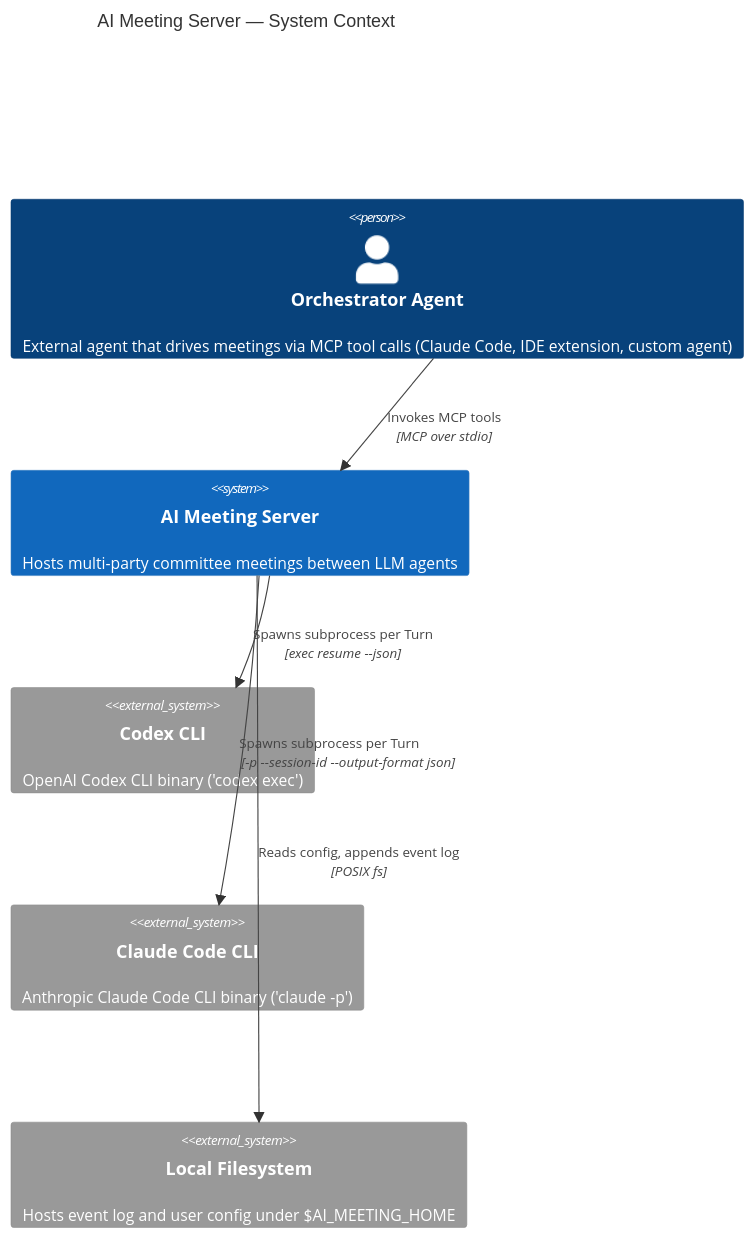
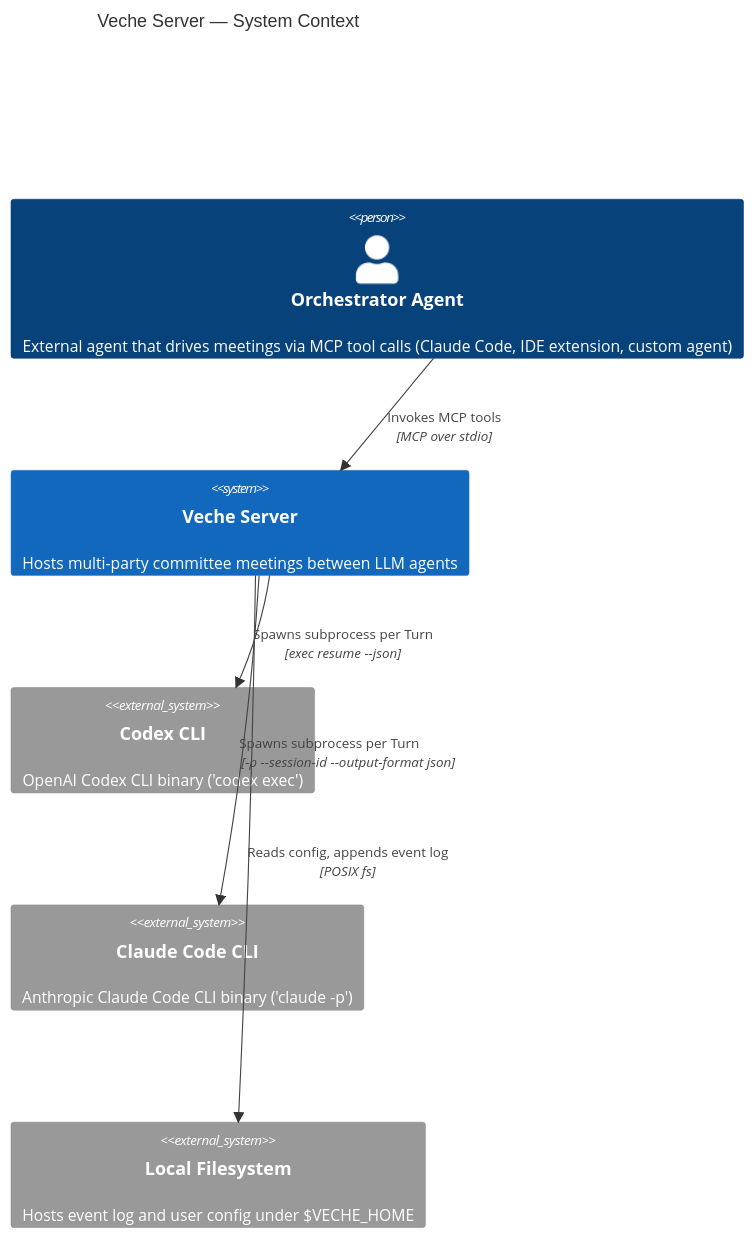
Before and after one commit to cyberash-dev/veche: the first of 4 diagrams in spec/c4-model.md, drawn with Mermaid. The commit also changed other lines of this file and 53 other files, not shown here.

````diff
--- a/spec/c4-model.md
+++ b/spec/c4-model.md
@@ -7,13 +7,13 @@
 ```mermaid
 C4Context
-    title AI Meeting Server — System Context
+    title Veche Server — System Context
     Person(orch, "Orchestrator Agent", "External agent that drives meetings via MCP tool calls (Claude Code, IDE extension, custom agent)")
-    System(ams, "AI Meeting Server", "Hosts multi-party committee meetings between LLM agents")
+    System(ams, "Veche Server", "Hosts multi-party committee meetings between LLM agents")
     System_Ext(codex, "Codex CLI", "OpenAI Codex CLI binary ('codex exec')")
     System_Ext(claude, "Claude Code CLI", "Anthropic Claude Code CLI binary ('claude -p')")
-    System_Ext(fs, "Local Filesystem", "Hosts event log and user config under $AI_MEETING_HOME")
+    System_Ext(fs, "Local Filesystem", "Hosts event log and user config under $VECHE_HOME")
     Rel(orch, ams, "Invokes MCP tools", "MCP over stdio")
     Rel(ams, codex, "Spawns subprocess per Turn", "exec resume --json")
     Rel(ams, claude, "Spawns subprocess per Turn", "-p --session-id --output-format json")
     Rel(ams, fs, "Reads config, appends event log", "POSIX fs")
 ```
````
